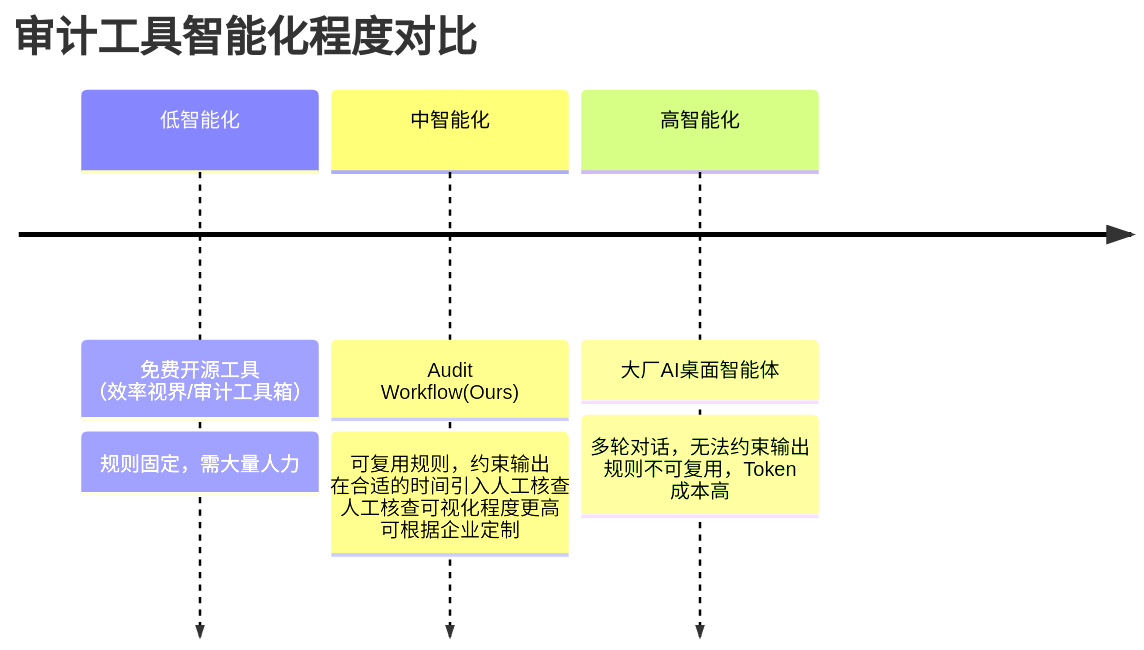
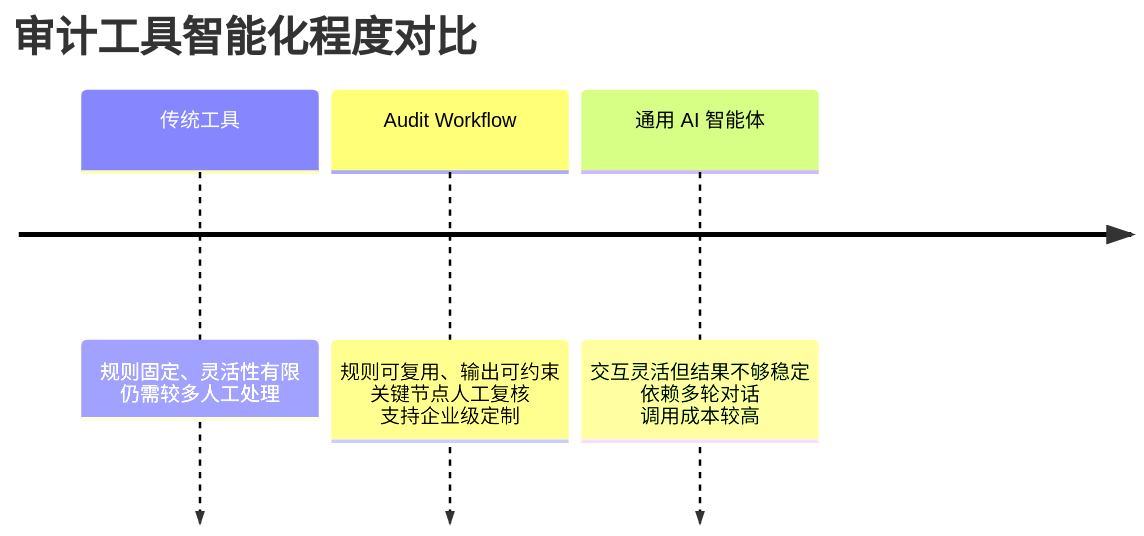
Before and after one commit to Hoilap/Audit_Flow: the diagram in README.md, drawn with Mermaid. The commit also changed other lines of this file and 12 other files, not shown here.

````diff
--- a/README.md
+++ b/README.md
@@ -16,8 +27,7 @@
 ```mermaid
-
 timeline
     title 审计工具智能化程度对比
-    低智能化 : 免费开源工具<br>（效率视界/审计工具箱）<br> : 规则固定，需大量人力
-    中智能化 : Audit Workflow(Ours)<br> : 可复用规则，约束输出<br>在合适的时间引入人工核查<br>人工核查可视化程度更高<br>可根据企业定制
-    高智能化 : 大厂AI桌面智能体<br> : 多轮对话，无法约束输出<br>规则不可复用，Token 成本高
+    传统工具 : 规则固定、灵活性有限<br>仍需较多人工处理
+    Audit Workflow : 规则可复用、输出可约束<br>关键节点人工复核<br>支持企业级定制
+    通用 AI 智能体 : 交互灵活但结果不够稳定<br>依赖多轮对话<br>调用成本较高
 ```
````
